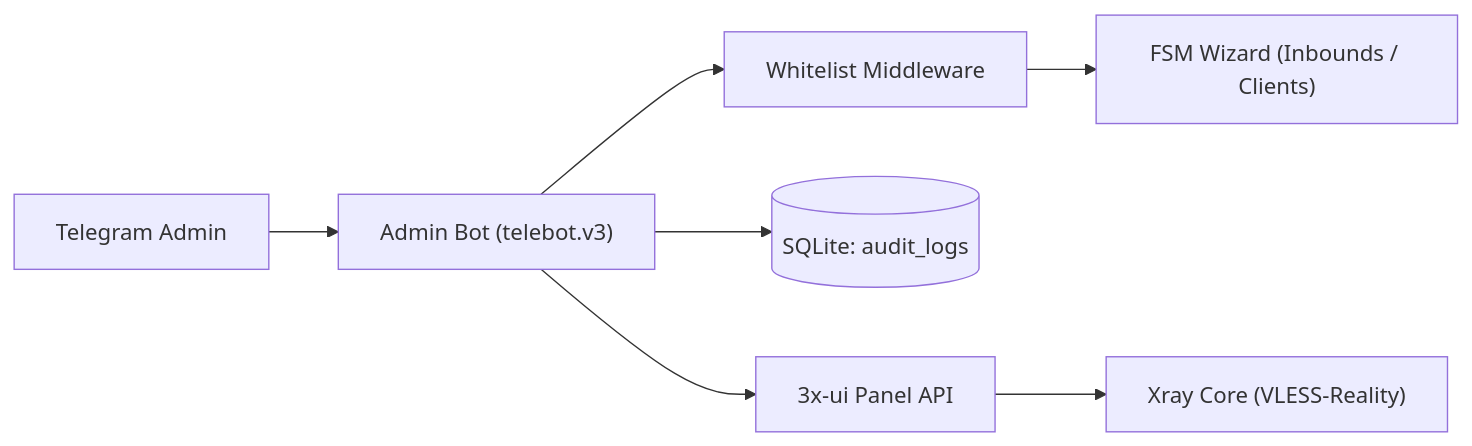
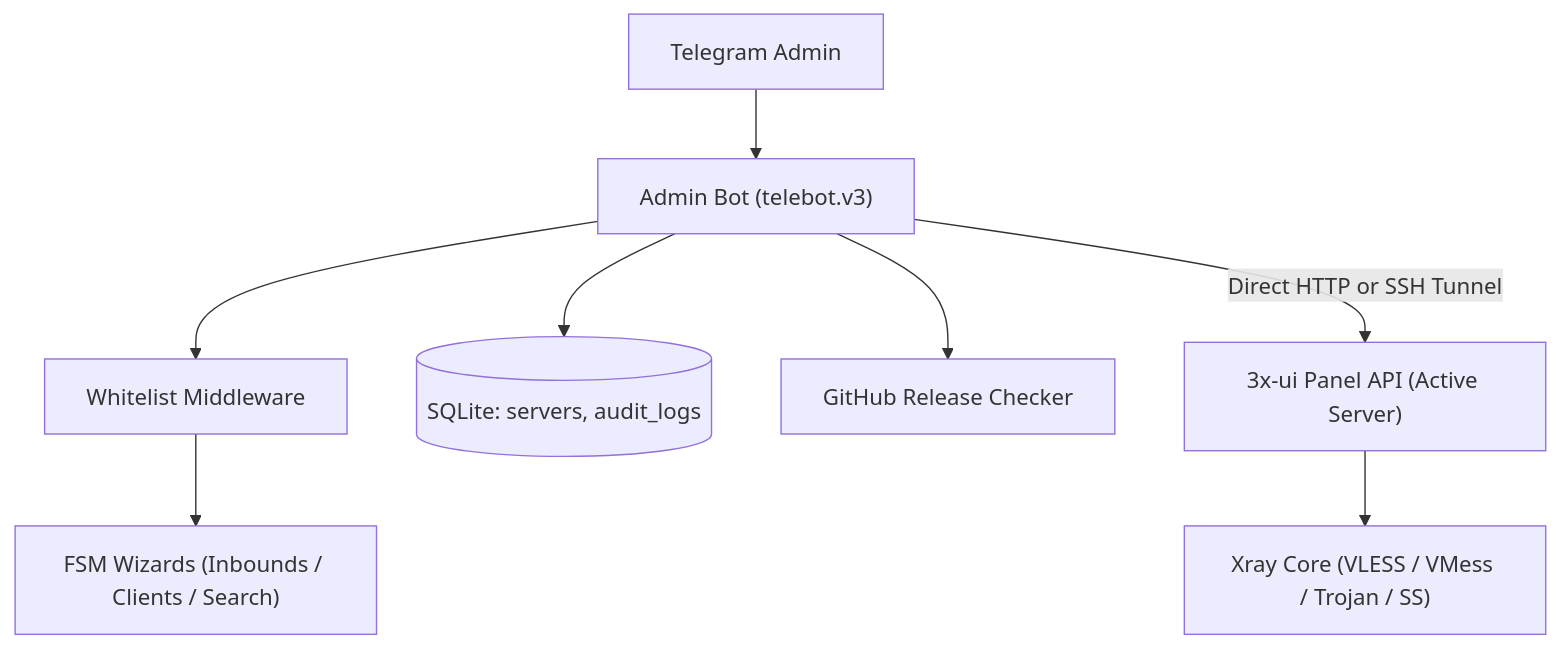
The diagram in README.en.md (Zhenka07/3x-ui-telegram-bot), drawn with Mermaid before and after one commit. The commit also changed other lines of this file and 12 other files, not shown here.

````diff
--- a/README.en.md
+++ b/README.en.md
@@ -45,9 +46,10 @@
 ```mermaid
-flowchart LR
+flowchart TD
     ADMIN["Telegram Admin"] --> BOT["Admin Bot (telebot.v3)"]
     BOT --> MW["Whitelist Middleware"]
-    MW --> FSM["FSM Wizard (Inbounds / Clients)"]
-    BOT --> DB[("SQLite: audit_logs")]
-    BOT --> XUI["3x-ui Panel API"]
-    XUI --> XRAY["Xray Core (VLESS-Reality)"]
+    MW --> FSM["FSM Wizards (Inbounds / Clients / Search)"]
+    BOT --> DB[("SQLite: servers, audit_logs")]
+    BOT --> UPDATER["GitHub Release Checker"]
+    BOT -->|Direct HTTP or SSH Tunnel| XUI["3x-ui Panel API (Active Server)"]
+    XUI --> XRAY["Xray Core (VLESS / VMess / Trojan / SS)"]
 ```
````
